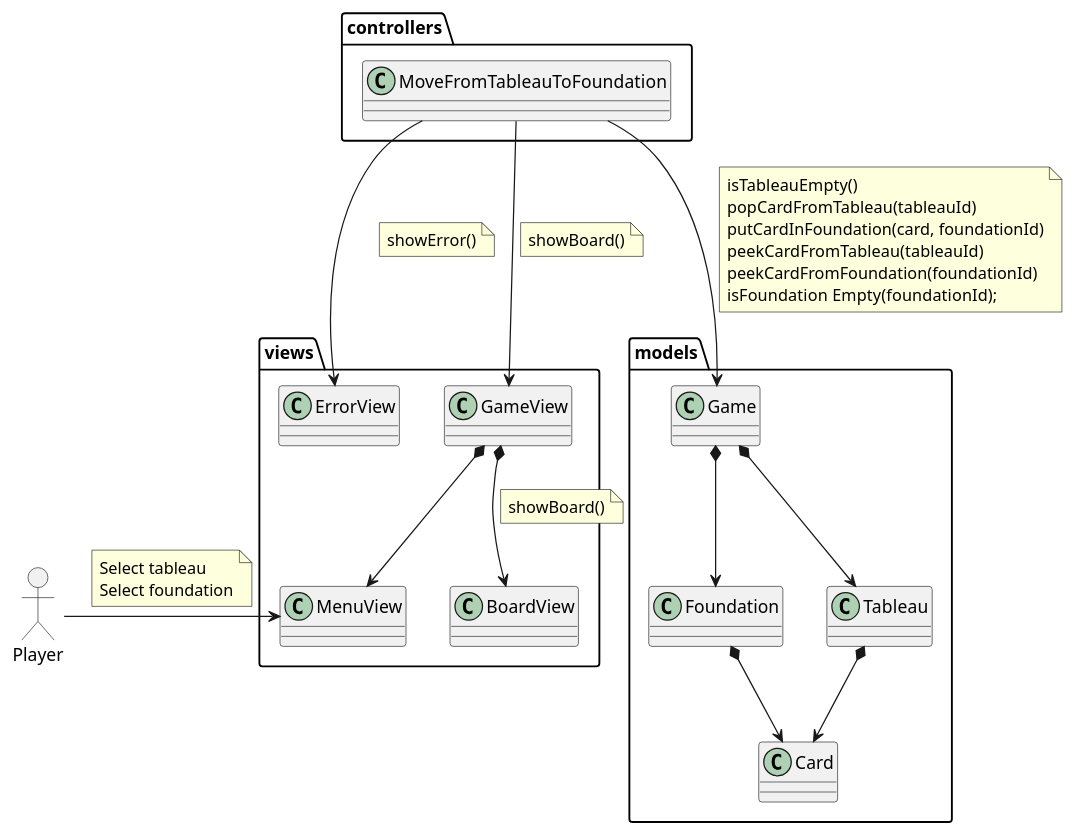
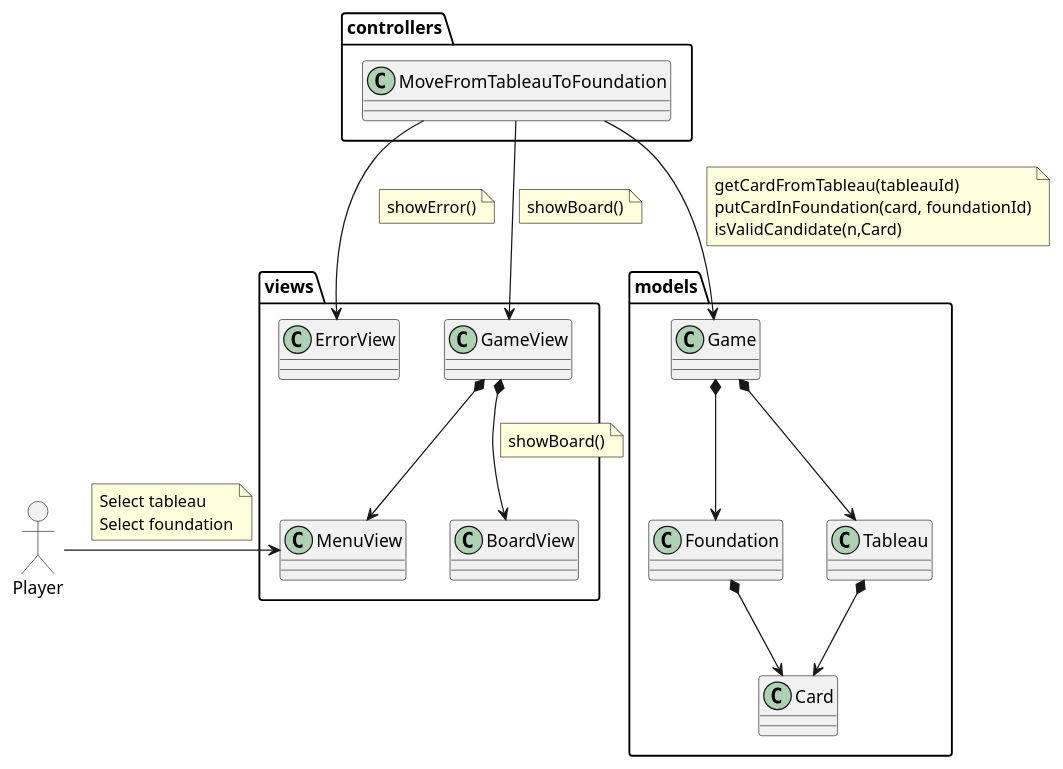
One commit to Troteaga/klondike changed the diagram in docs/logicView/analysisView/useCaseAnalysis/MoveFromTableauToFoundation.puml. Above: the diagram before and after it, drawn with PlantUML.

```diff
--- a/docs/logicView/analysisView/useCaseAnalysis/MoveFromTableauToFoundation.puml
+++ b/docs/logicView/analysisView/useCaseAnalysis/MoveFromTableauToFoundation.puml
@@ -1,40 +1,40 @@
 @startuml
 mix_actor Player
 
   package views {
      class MenuView
      class ErrorView
      class GameView
      class BoardView
 
      GameView *--> BoardView
      note on link: showBoard()
      GameView *--> MenuView
   }
 
   package controllers {
      class MoveFromTableauToFoundation
   }
 
   package models {
      class Game
      class Card
      class Foundation
      class Tableau
      Tableau*--> Card
      Foundation*--> Card
      Game *-->Foundation
      Game *-->Tableau
   }
 
   Player -right-> MenuView
   note on link: Select tableau\nSelect foundation
 
   MoveFromTableauToFoundation -down-> GameView
   note on link: showBoard()
   MoveFromTableauToFoundation -down-> Game
-  note on link: isTableauEmpty()\npopCardFromTableau(tableauId)\nputCardInFoundation(card, foundationId)\npeekCardFromTableau(tableauId)\npeekCardFromFoundation(foundationId)\nisFoundation  Empty(foundationId);
+  note on link: getCardFromTableau(tableauId)\nputCardInFoundation(card, foundationId)\nisValidCandidate(n,Card)
 
   MoveFromTableauToFoundation  -down-> ErrorView
   note on link: showError()
 @enduml
```
